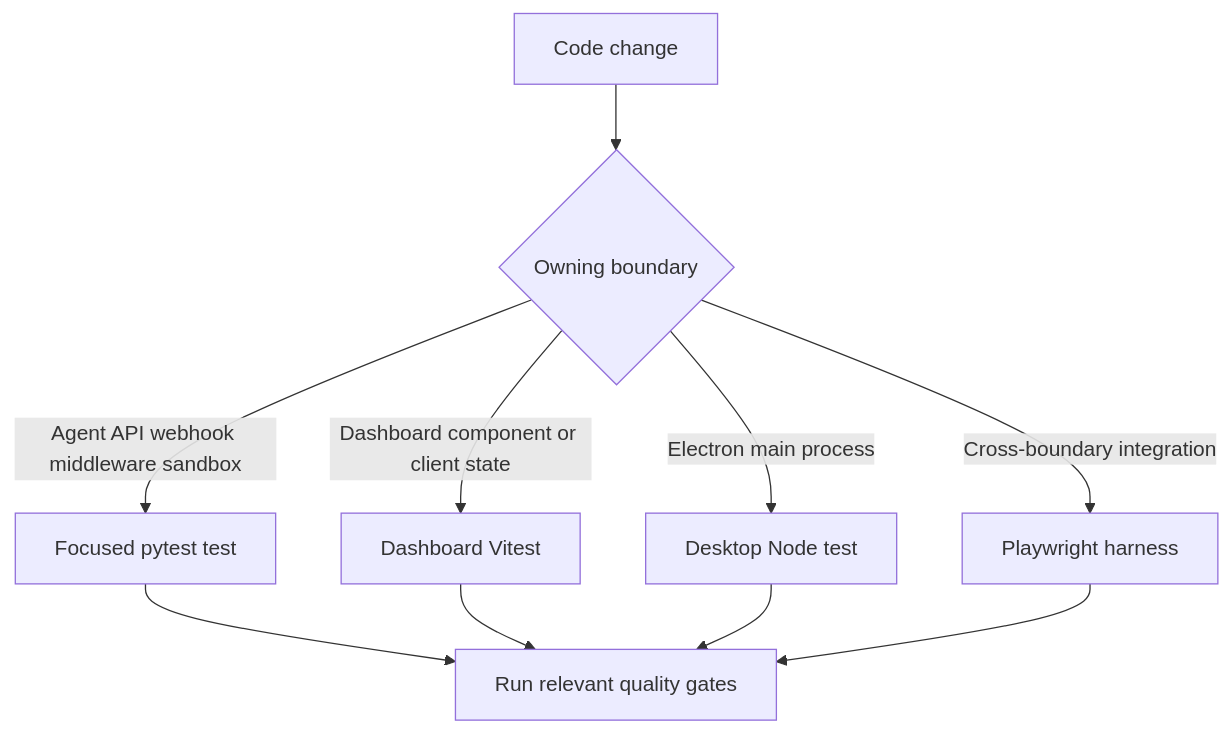
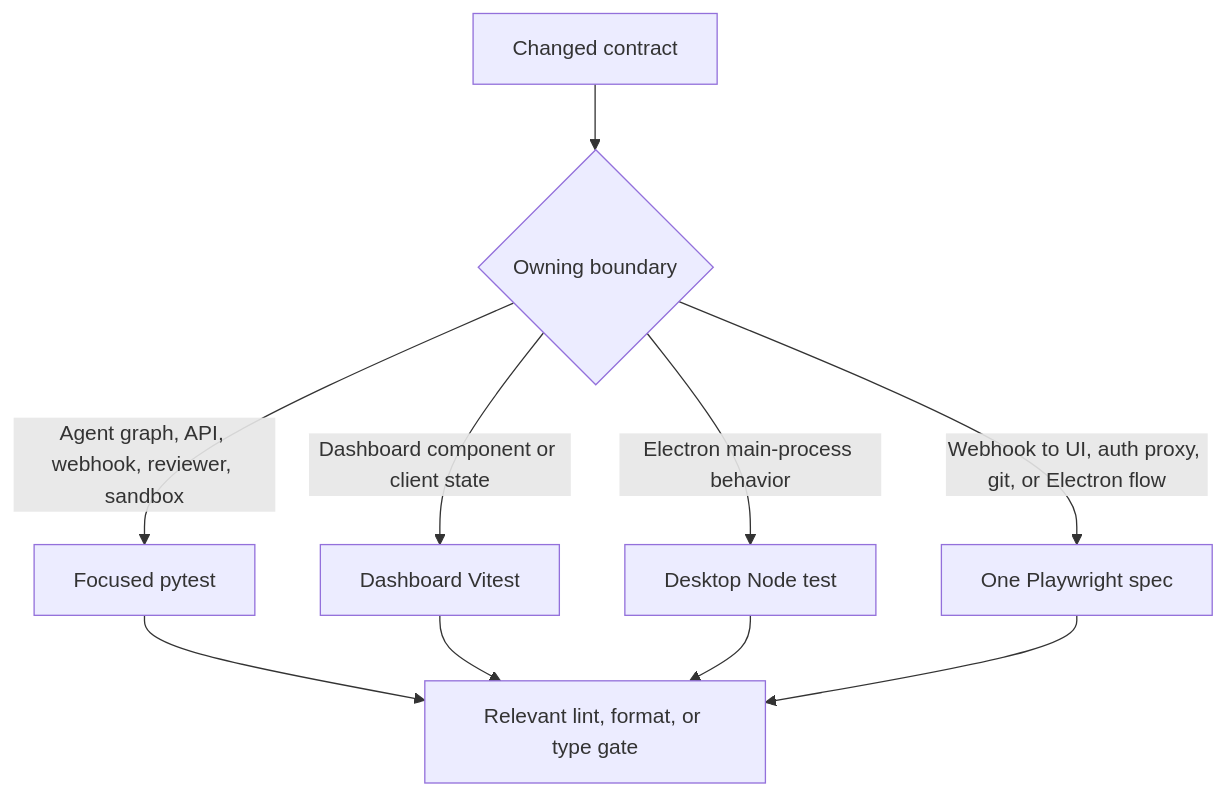
Before and after one commit to langchain-ai/open-swe: the first of 2 diagrams in openwiki/testing/overview.md, drawn with Mermaid. The commit also changed other lines of this file and 52 other files, not shown here.

````diff
--- a/openwiki/testing/overview.md
+++ b/openwiki/testing/overview.md
@@ -83,12 +65,12 @@
 ```mermaid
 flowchart TD
-    Change["Code change"] --> Boundary{"Owning boundary"}
-    Boundary -->|"Agent API webhook middleware sandbox"| Python["Focused pytest test"]
-    Boundary -->|"Dashboard component or client state"| Dashboard["Dashboard Vitest"]
-    Boundary -->|"Electron main process"| Desktop["Desktop Node test"]
-    Boundary -->|"Cross-boundary integration"| E2E["Playwright harness"]
-    Python --> Gates["Run relevant quality gates"]
-    Dashboard --> Gates
-    Desktop --> Gates
+    Change["Changed contract"] --> Boundary{"Owning boundary"}
+    Boundary -->|"Agent graph, API, webhook, reviewer, sandbox"| Pytest["Focused pytest"]
+    Boundary -->|"Dashboard component or client state"| Vitest["Dashboard Vitest"]
+    Boundary -->|"Electron main-process behavior"| NodeTest["Desktop Node test"]
+    Boundary -->|"Webhook to UI, auth proxy, git, or Electron flow"| E2E["One Playwright spec"]
+    Pytest --> Gates["Relevant lint, format, or type gate"]
+    Vitest --> Gates
+    NodeTest --> Gates
     E2E --> Gates
 ```
````
